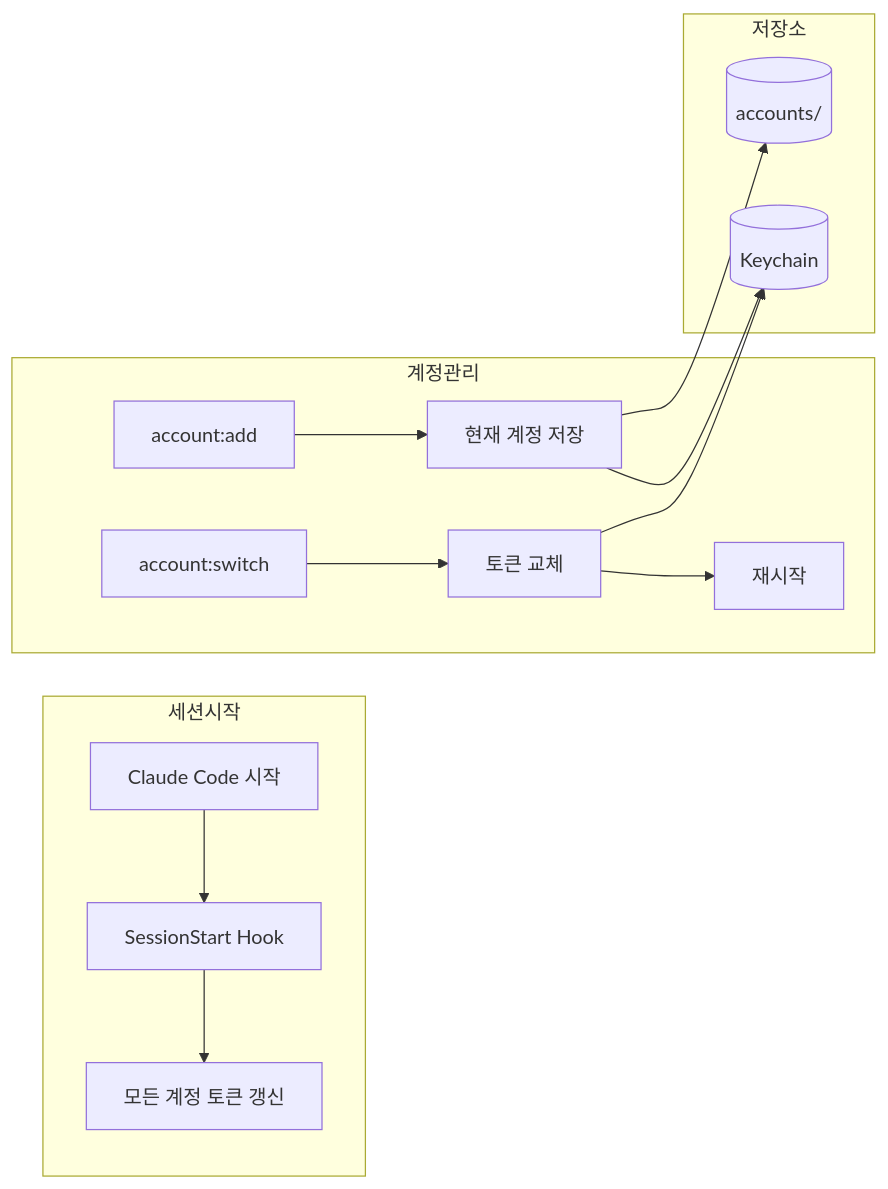
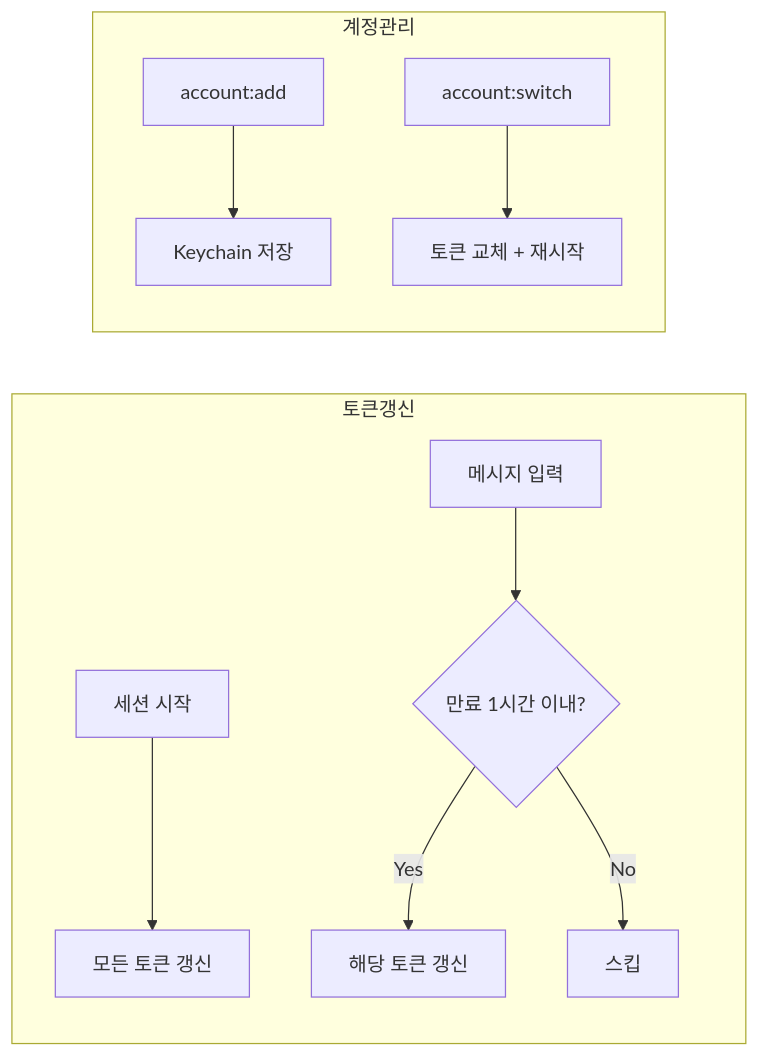
One commit to lee-ji-hoon/claude-multi-account-manager changed the diagram in README.md. Above: the diagram before and after it, drawn with Mermaid. The commit also changed other lines of this file, not shown here.

Commit message:
docs: Update README with UserPromptSubmit hook info
- Update Mermaid diagram with dual token refresh flow
- Add message-based token refresh to features

````diff
--- a/README.md
+++ b/README.md
@@ -21,19 +21,14 @@
 ```mermaid
 flowchart LR
-    subgraph 세션시작
-        A[Claude Code 시작] --> B[SessionStart Hook]
-        B --> C[모든 계정 토큰 갱신]
+    subgraph 토큰갱신
+        A[세션 시작] --> B[모든 토큰 갱신]
+        C[메시지 입력] --> D{만료 1시간 이내?}
+        D -->|Yes| E[해당 토큰 갱신]
+        D -->|No| F[스킵]
     end
 
     subgraph 계정관리
-        D["account:add"] --> E[현재 계정 저장]
-        F["account:switch"] --> G[토큰 교체]
-        G --> H[재시작]
-    end
-
-    subgraph 저장소
-        E --> I[(Keychain)]
-        E --> J[(accounts/)]
-        G --> I
+        G["account:add"] --> H[Keychain 저장]
+        I["account:switch"] --> J[토큰 교체 + 재시작]
     end
 ```
````
